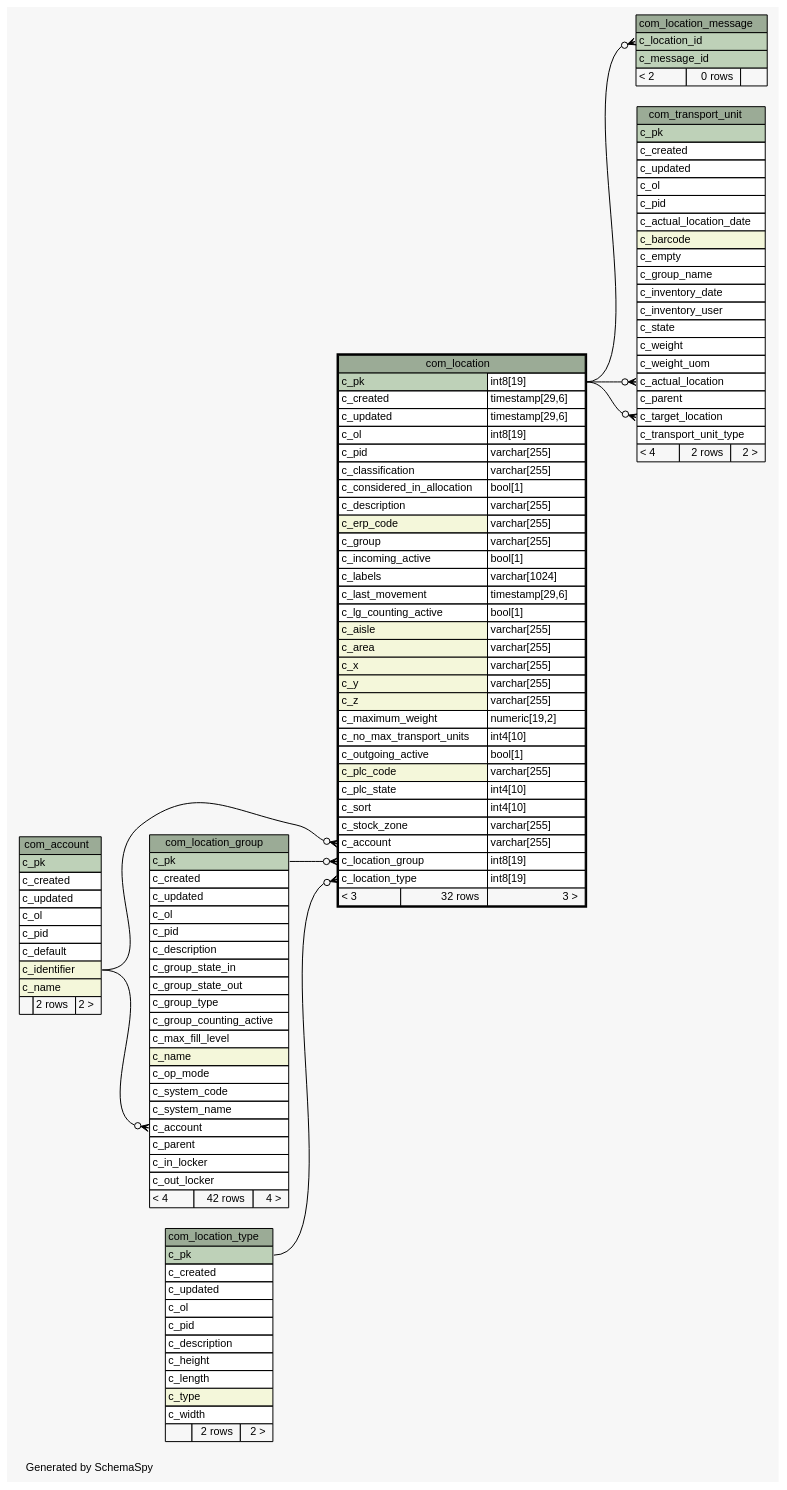
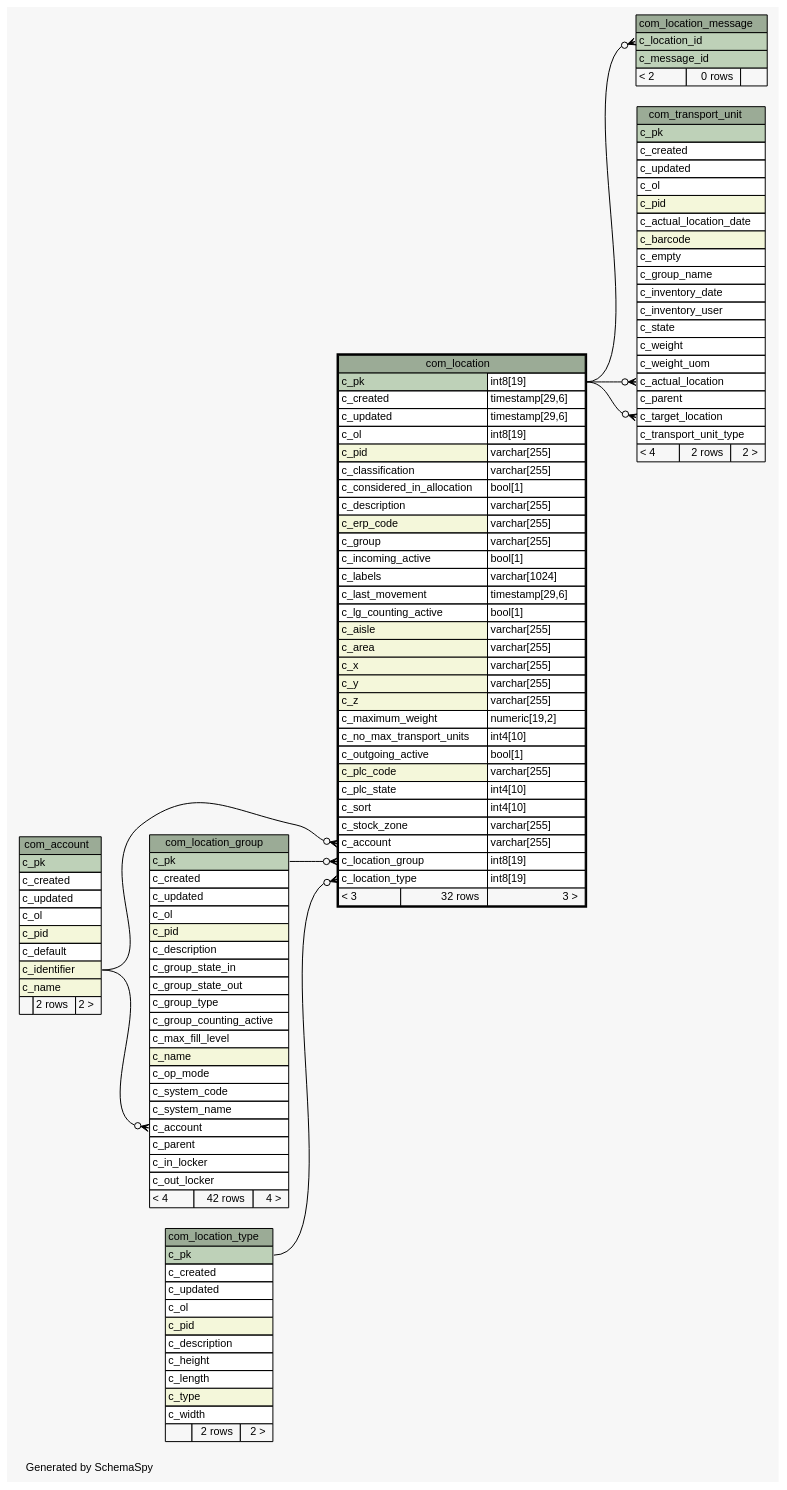
The diagram in 2.0.0-SNAPSHOT/schemaspy/diagrams/com_location.1degree.dot (openwms/org.openwms.common.service.lib), drawn with Graphviz before and after one commit. The commit also changed 522 other files, not shown here.

```diff
--- a/2.0.0-SNAPSHOT/schemaspy/diagrams/com_location.1degree.dot
+++ b/2.0.0-SNAPSHOT/schemaspy/diagrams/com_location.1degree.dot
@@ -1,169 +1,169 @@
 // dot 2.43.0 on Linux 5.11.0-1028-azure
 // SchemaSpy rev Unknown
 digraph "oneDegreeRelationshipsDiagram" {
   graph [
     rankdir="RL"
     bgcolor="#f7f7f7"
     label="\nGenerated by SchemaSpy"
     labeljust="l"
     nodesep="0.18"
     ranksep="0.46"
     fontname="Helvetica"
     fontsize="11"
   ];
   node [
     fontname="Helvetica"
     fontsize="11"
     shape="plaintext"
   ];
   edge [
     arrowsize="0.8"
   ];
   "com_location":"c_account":w -> "com_account":"c_identifier":e [arrowhead=none dir=back arrowtail=crowodot];
   "com_location":"c_location_group":w -> "com_location_group":"c_pk":e [arrowhead=none dir=back arrowtail=crowodot];
   "com_location":"c_location_type":w -> "com_location_type":"c_pk":e [arrowhead=none dir=back arrowtail=crowodot];
   "com_location_group":"c_account":w -> "com_account":"c_identifier":e [arrowhead=none dir=back arrowtail=crowodot];
   "com_location_message":"c_location_id":w -> "com_location":"c_pk.type":e [arrowhead=none dir=back arrowtail=crowodot];
   "com_transport_unit":"c_actual_location":w -> "com_location":"c_pk.type":e [arrowhead=none dir=back arrowtail=crowodot];
   "com_transport_unit":"c_target_location":w -> "com_location":"c_pk.type":e [arrowhead=none dir=back arrowtail=crowodot];
   "com_account" [
     label=<
     <TABLE BORDER="0" CELLBORDER="1" CELLSPACING="0" BGCOLOR="#ffffff">
       <TR><TD COLSPAN="3" BGCOLOR="#9bab96" ALIGN="CENTER">com_account</TD></TR>
       <TR><TD PORT="c_pk" COLSPAN="3" BGCOLOR="#bed1b8" ALIGN="LEFT">c_pk</TD></TR>
       <TR><TD PORT="c_created" COLSPAN="3" ALIGN="LEFT">c_created</TD></TR>
       <TR><TD PORT="c_updated" COLSPAN="3" ALIGN="LEFT">c_updated</TD></TR>
       <TR><TD PORT="c_ol" COLSPAN="3" ALIGN="LEFT">c_ol</TD></TR>
-      <TR><TD PORT="c_pid" COLSPAN="3" ALIGN="LEFT">c_pid</TD></TR>
+      <TR><TD PORT="c_pid" COLSPAN="3" BGCOLOR="#f4f7da" ALIGN="LEFT">c_pid</TD></TR>
       <TR><TD PORT="c_default" COLSPAN="3" ALIGN="LEFT">c_default</TD></TR>
       <TR><TD PORT="c_identifier" COLSPAN="3" BGCOLOR="#f4f7da" ALIGN="LEFT">c_identifier</TD></TR>
       <TR><TD PORT="c_name" COLSPAN="3" BGCOLOR="#f4f7da" ALIGN="LEFT">c_name</TD></TR>
       <TR><TD ALIGN="LEFT" BGCOLOR="#f7f7f7">  </TD><TD ALIGN="RIGHT" BGCOLOR="#f7f7f7">2 rows</TD><TD ALIGN="RIGHT" BGCOLOR="#f7f7f7">2 &gt;</TD></TR>
     </TABLE>>
     URL="com_account.html"
     tooltip="com_account"
   ];
   "com_location" [
     label=<
     <TABLE BORDER="2" CELLBORDER="1" CELLSPACING="0" BGCOLOR="#ffffff">
       <TR><TD COLSPAN="3" BGCOLOR="#9bab96" ALIGN="CENTER">com_location</TD></TR>
       <TR><TD PORT="c_pk" COLSPAN="2" BGCOLOR="#bed1b8" ALIGN="LEFT">c_pk</TD><TD PORT="c_pk.type" ALIGN="LEFT">int8[19]</TD></TR>
       <TR><TD PORT="c_created" COLSPAN="2" ALIGN="LEFT">c_created</TD><TD PORT="c_created.type" ALIGN="LEFT">timestamp[29,6]</TD></TR>
       <TR><TD PORT="c_updated" COLSPAN="2" ALIGN="LEFT">c_updated</TD><TD PORT="c_updated.type" ALIGN="LEFT">timestamp[29,6]</TD></TR>
       <TR><TD PORT="c_ol" COLSPAN="2" ALIGN="LEFT">c_ol</TD><TD PORT="c_ol.type" ALIGN="LEFT">int8[19]</TD></TR>
-      <TR><TD PORT="c_pid" COLSPAN="2" ALIGN="LEFT">c_pid</TD><TD PORT="c_pid.type" ALIGN="LEFT">varchar[255]</TD></TR>
+      <TR><TD PORT="c_pid" COLSPAN="2" BGCOLOR="#f4f7da" ALIGN="LEFT">c_pid</TD><TD PORT="c_pid.type" ALIGN="LEFT">varchar[255]</TD></TR>
       <TR><TD PORT="c_classification" COLSPAN="2" ALIGN="LEFT">c_classification</TD><TD PORT="c_classification.type" ALIGN="LEFT">varchar[255]</TD></TR>
       <TR><TD PORT="c_considered_in_allocation" COLSPAN="2" ALIGN="LEFT">c_considered_in_allocation</TD><TD PORT="c_considered_in_allocation.type" ALIGN="LEFT">bool[1]</TD></TR>
       <TR><TD PORT="c_description" COLSPAN="2" ALIGN="LEFT">c_description</TD><TD PORT="c_description.type" ALIGN="LEFT">varchar[255]</TD></TR>
       <TR><TD PORT="c_erp_code" COLSPAN="2" BGCOLOR="#f4f7da" ALIGN="LEFT">c_erp_code</TD><TD PORT="c_erp_code.type" ALIGN="LEFT">varchar[255]</TD></TR>
       <TR><TD PORT="c_group" COLSPAN="2" ALIGN="LEFT">c_group</TD><TD PORT="c_group.type" ALIGN="LEFT">varchar[255]</TD></TR>
       <TR><TD PORT="c_incoming_active" COLSPAN="2" ALIGN="LEFT">c_incoming_active</TD><TD PORT="c_incoming_active.type" ALIGN="LEFT">bool[1]</TD></TR>
       <TR><TD PORT="c_labels" COLSPAN="2" ALIGN="LEFT">c_labels</TD><TD PORT="c_labels.type" ALIGN="LEFT">varchar[1024]</TD></TR>
       <TR><TD PORT="c_last_movement" COLSPAN="2" ALIGN="LEFT">c_last_movement</TD><TD PORT="c_last_movement.type" ALIGN="LEFT">timestamp[29,6]</TD></TR>
       <TR><TD PORT="c_lg_counting_active" COLSPAN="2" ALIGN="LEFT">c_lg_counting_active</TD><TD PORT="c_lg_counting_active.type" ALIGN="LEFT">bool[1]</TD></TR>
       <TR><TD PORT="c_aisle" COLSPAN="2" BGCOLOR="#f4f7da" ALIGN="LEFT">c_aisle</TD><TD PORT="c_aisle.type" ALIGN="LEFT">varchar[255]</TD></TR>
       <TR><TD PORT="c_area" COLSPAN="2" BGCOLOR="#f4f7da" ALIGN="LEFT">c_area</TD><TD PORT="c_area.type" ALIGN="LEFT">varchar[255]</TD></TR>
       <TR><TD PORT="c_x" COLSPAN="2" BGCOLOR="#f4f7da" ALIGN="LEFT">c_x</TD><TD PORT="c_x.type" ALIGN="LEFT">varchar[255]</TD></TR>
       <TR><TD PORT="c_y" COLSPAN="2" BGCOLOR="#f4f7da" ALIGN="LEFT">c_y</TD><TD PORT="c_y.type" ALIGN="LEFT">varchar[255]</TD></TR>
       <TR><TD PORT="c_z" COLSPAN="2" BGCOLOR="#f4f7da" ALIGN="LEFT">c_z</TD><TD PORT="c_z.type" ALIGN="LEFT">varchar[255]</TD></TR>
       <TR><TD PORT="c_maximum_weight" COLSPAN="2" ALIGN="LEFT">c_maximum_weight</TD><TD PORT="c_maximum_weight.type" ALIGN="LEFT">numeric[19,2]</TD></TR>
       <TR><TD PORT="c_no_max_transport_units" COLSPAN="2" ALIGN="LEFT">c_no_max_transport_units</TD><TD PORT="c_no_max_transport_units.type" ALIGN="LEFT">int4[10]</TD></TR>
       <TR><TD PORT="c_outgoing_active" COLSPAN="2" ALIGN="LEFT">c_outgoing_active</TD><TD PORT="c_outgoing_active.type" ALIGN="LEFT">bool[1]</TD></TR>
       <TR><TD PORT="c_plc_code" COLSPAN="2" BGCOLOR="#f4f7da" ALIGN="LEFT">c_plc_code</TD><TD PORT="c_plc_code.type" ALIGN="LEFT">varchar[255]</TD></TR>
       <TR><TD PORT="c_plc_state" COLSPAN="2" ALIGN="LEFT">c_plc_state</TD><TD PORT="c_plc_state.type" ALIGN="LEFT">int4[10]</TD></TR>
       <TR><TD PORT="c_sort" COLSPAN="2" ALIGN="LEFT">c_sort</TD><TD PORT="c_sort.type" ALIGN="LEFT">int4[10]</TD></TR>
       <TR><TD PORT="c_stock_zone" COLSPAN="2" ALIGN="LEFT">c_stock_zone</TD><TD PORT="c_stock_zone.type" ALIGN="LEFT">varchar[255]</TD></TR>
       <TR><TD PORT="c_account" COLSPAN="2" ALIGN="LEFT">c_account</TD><TD PORT="c_account.type" ALIGN="LEFT">varchar[255]</TD></TR>
       <TR><TD PORT="c_location_group" COLSPAN="2" ALIGN="LEFT">c_location_group</TD><TD PORT="c_location_group.type" ALIGN="LEFT">int8[19]</TD></TR>
       <TR><TD PORT="c_location_type" COLSPAN="2" ALIGN="LEFT">c_location_type</TD><TD PORT="c_location_type.type" ALIGN="LEFT">int8[19]</TD></TR>
       <TR><TD ALIGN="LEFT" BGCOLOR="#f7f7f7">&lt; 3</TD><TD ALIGN="RIGHT" BGCOLOR="#f7f7f7">32 rows</TD><TD ALIGN="RIGHT" BGCOLOR="#f7f7f7">3 &gt;</TD></TR>
     </TABLE>>
     URL="com_location.html"
     tooltip="com_location"
   ];
   "com_location_group" [
     label=<
     <TABLE BORDER="0" CELLBORDER="1" CELLSPACING="0" BGCOLOR="#ffffff">
       <TR><TD COLSPAN="3" BGCOLOR="#9bab96" ALIGN="CENTER">com_location_group</TD></TR>
       <TR><TD PORT="c_pk" COLSPAN="3" BGCOLOR="#bed1b8" ALIGN="LEFT">c_pk</TD></TR>
       <TR><TD PORT="c_created" COLSPAN="3" ALIGN="LEFT">c_created</TD></TR>
       <TR><TD PORT="c_updated" COLSPAN="3" ALIGN="LEFT">c_updated</TD></TR>
       <TR><TD PORT="c_ol" COLSPAN="3" ALIGN="LEFT">c_ol</TD></TR>
-      <TR><TD PORT="c_pid" COLSPAN="3" ALIGN="LEFT">c_pid</TD></TR>
+      <TR><TD PORT="c_pid" COLSPAN="3" BGCOLOR="#f4f7da" ALIGN="LEFT">c_pid</TD></TR>
       <TR><TD PORT="c_description" COLSPAN="3" ALIGN="LEFT">c_description</TD></TR>
       <TR><TD PORT="c_group_state_in" COLSPAN="3" ALIGN="LEFT">c_group_state_in</TD></TR>
       <TR><TD PORT="c_group_state_out" COLSPAN="3" ALIGN="LEFT">c_group_state_out</TD></TR>
       <TR><TD PORT="c_group_type" COLSPAN="3" ALIGN="LEFT">c_group_type</TD></TR>
       <TR><TD PORT="c_group_counting_active" COLSPAN="3" ALIGN="LEFT">c_group_counting_active</TD></TR>
       <TR><TD PORT="c_max_fill_level" COLSPAN="3" ALIGN="LEFT">c_max_fill_level</TD></TR>
       <TR><TD PORT="c_name" COLSPAN="3" BGCOLOR="#f4f7da" ALIGN="LEFT">c_name</TD></TR>
       <TR><TD PORT="c_op_mode" COLSPAN="3" ALIGN="LEFT">c_op_mode</TD></TR>
       <TR><TD PORT="c_system_code" COLSPAN="3" ALIGN="LEFT">c_system_code</TD></TR>
       <TR><TD PORT="c_system_name" COLSPAN="3" ALIGN="LEFT">c_system_name</TD></TR>
       <TR><TD PORT="c_account" COLSPAN="3" ALIGN="LEFT">c_account</TD></TR>
       <TR><TD PORT="c_parent" COLSPAN="3" ALIGN="LEFT">c_parent</TD></TR>
       <TR><TD PORT="c_in_locker" COLSPAN="3" ALIGN="LEFT">c_in_locker</TD></TR>
       <TR><TD PORT="c_out_locker" COLSPAN="3" ALIGN="LEFT">c_out_locker</TD></TR>
       <TR><TD ALIGN="LEFT" BGCOLOR="#f7f7f7">&lt; 4</TD><TD ALIGN="RIGHT" BGCOLOR="#f7f7f7">42 rows</TD><TD ALIGN="RIGHT" BGCOLOR="#f7f7f7">4 &gt;</TD></TR>
     </TABLE>>
     URL="com_location_group.html"
     tooltip="com_location_group"
   ];
   "com_location_message" [
     label=<
     <TABLE BORDER="0" CELLBORDER="1" CELLSPACING="0" BGCOLOR="#ffffff">
       <TR><TD COLSPAN="3" BGCOLOR="#9bab96" ALIGN="CENTER">com_location_message</TD></TR>
       <TR><TD PORT="c_location_id" COLSPAN="3" BGCOLOR="#bed1b8" ALIGN="LEFT">c_location_id</TD></TR>
       <TR><TD PORT="c_message_id" COLSPAN="3" BGCOLOR="#bed1b8" ALIGN="LEFT">c_message_id</TD></TR>
       <TR><TD ALIGN="LEFT" BGCOLOR="#f7f7f7">&lt; 2</TD><TD ALIGN="RIGHT" BGCOLOR="#f7f7f7">0 rows</TD><TD ALIGN="RIGHT" BGCOLOR="#f7f7f7">  </TD></TR>
     </TABLE>>
     URL="com_location_message.html"
     tooltip="com_location_message"
   ];
   "com_location_type" [
     label=<
     <TABLE BORDER="0" CELLBORDER="1" CELLSPACING="0" BGCOLOR="#ffffff">
       <TR><TD COLSPAN="3" BGCOLOR="#9bab96" ALIGN="CENTER">com_location_type</TD></TR>
       <TR><TD PORT="c_pk" COLSPAN="3" BGCOLOR="#bed1b8" ALIGN="LEFT">c_pk</TD></TR>
       <TR><TD PORT="c_created" COLSPAN="3" ALIGN="LEFT">c_created</TD></TR>
       <TR><TD PORT="c_updated" COLSPAN="3" ALIGN="LEFT">c_updated</TD></TR>
       <TR><TD PORT="c_ol" COLSPAN="3" ALIGN="LEFT">c_ol</TD></TR>
-      <TR><TD PORT="c_pid" COLSPAN="3" ALIGN="LEFT">c_pid</TD></TR>
+      <TR><TD PORT="c_pid" COLSPAN="3" BGCOLOR="#f4f7da" ALIGN="LEFT">c_pid</TD></TR>
       <TR><TD PORT="c_description" COLSPAN="3" ALIGN="LEFT">c_description</TD></TR>
       <TR><TD PORT="c_height" COLSPAN="3" ALIGN="LEFT">c_height</TD></TR>
       <TR><TD PORT="c_length" COLSPAN="3" ALIGN="LEFT">c_length</TD></TR>
       <TR><TD PORT="c_type" COLSPAN="3" BGCOLOR="#f4f7da" ALIGN="LEFT">c_type</TD></TR>
       <TR><TD PORT="c_width" COLSPAN="3" ALIGN="LEFT">c_width</TD></TR>
       <TR><TD ALIGN="LEFT" BGCOLOR="#f7f7f7">  </TD><TD ALIGN="RIGHT" BGCOLOR="#f7f7f7">2 rows</TD><TD ALIGN="RIGHT" BGCOLOR="#f7f7f7">2 &gt;</TD></TR>
     </TABLE>>
     URL="com_location_type.html"
     tooltip="com_location_type"
   ];
   "com_transport_unit" [
     label=<
     <TABLE BORDER="0" CELLBORDER="1" CELLSPACING="0" BGCOLOR="#ffffff">
       <TR><TD COLSPAN="3" BGCOLOR="#9bab96" ALIGN="CENTER">com_transport_unit</TD></TR>
       <TR><TD PORT="c_pk" COLSPAN="3" BGCOLOR="#bed1b8" ALIGN="LEFT">c_pk</TD></TR>
       <TR><TD PORT="c_created" COLSPAN="3" ALIGN="LEFT">c_created</TD></TR>
       <TR><TD PORT="c_updated" COLSPAN="3" ALIGN="LEFT">c_updated</TD></TR>
       <TR><TD PORT="c_ol" COLSPAN="3" ALIGN="LEFT">c_ol</TD></TR>
-      <TR><TD PORT="c_pid" COLSPAN="3" ALIGN="LEFT">c_pid</TD></TR>
+      <TR><TD PORT="c_pid" COLSPAN="3" BGCOLOR="#f4f7da" ALIGN="LEFT">c_pid</TD></TR>
       <TR><TD PORT="c_actual_location_date" COLSPAN="3" ALIGN="LEFT">c_actual_location_date</TD></TR>
       <TR><TD PORT="c_barcode" COLSPAN="3" BGCOLOR="#f4f7da" ALIGN="LEFT">c_barcode</TD></TR>
       <TR><TD PORT="c_empty" COLSPAN="3" ALIGN="LEFT">c_empty</TD></TR>
       <TR><TD PORT="c_group_name" COLSPAN="3" ALIGN="LEFT">c_group_name</TD></TR>
       <TR><TD PORT="c_inventory_date" COLSPAN="3" ALIGN="LEFT">c_inventory_date</TD></TR>
       <TR><TD PORT="c_inventory_user" COLSPAN="3" ALIGN="LEFT">c_inventory_user</TD></TR>
       <TR><TD PORT="c_state" COLSPAN="3" ALIGN="LEFT">c_state</TD></TR>
       <TR><TD PORT="c_weight" COLSPAN="3" ALIGN="LEFT">c_weight</TD></TR>
       <TR><TD PORT="c_weight_uom" COLSPAN="3" ALIGN="LEFT">c_weight_uom</TD></TR>
       <TR><TD PORT="c_actual_location" COLSPAN="3" ALIGN="LEFT">c_actual_location</TD></TR>
       <TR><TD PORT="c_parent" COLSPAN="3" ALIGN="LEFT">c_parent</TD></TR>
       <TR><TD PORT="c_target_location" COLSPAN="3" ALIGN="LEFT">c_target_location</TD></TR>
       <TR><TD PORT="c_transport_unit_type" COLSPAN="3" ALIGN="LEFT">c_transport_unit_type</TD></TR>
       <TR><TD ALIGN="LEFT" BGCOLOR="#f7f7f7">&lt; 4</TD><TD ALIGN="RIGHT" BGCOLOR="#f7f7f7">2 rows</TD><TD ALIGN="RIGHT" BGCOLOR="#f7f7f7">2 &gt;</TD></TR>
     </TABLE>>
     URL="com_transport_unit.html"
     tooltip="com_transport_unit"
   ];
 }
```
